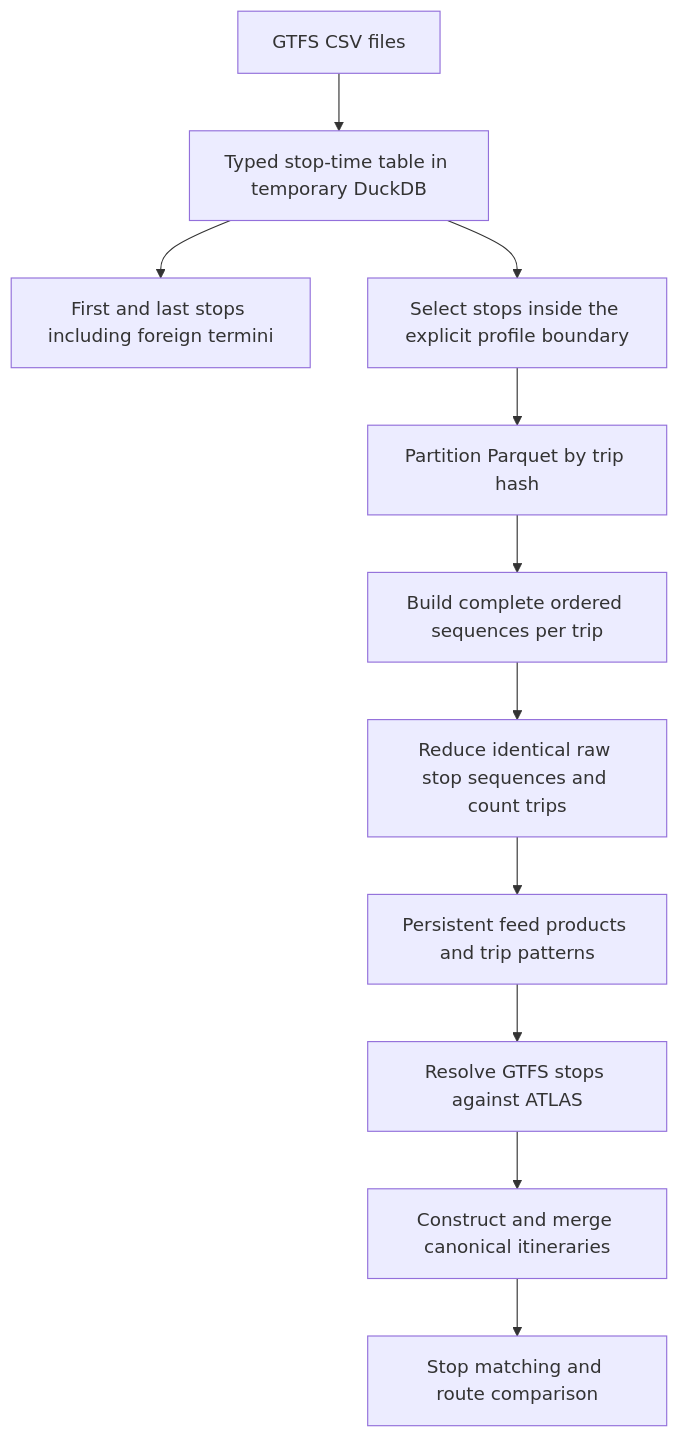
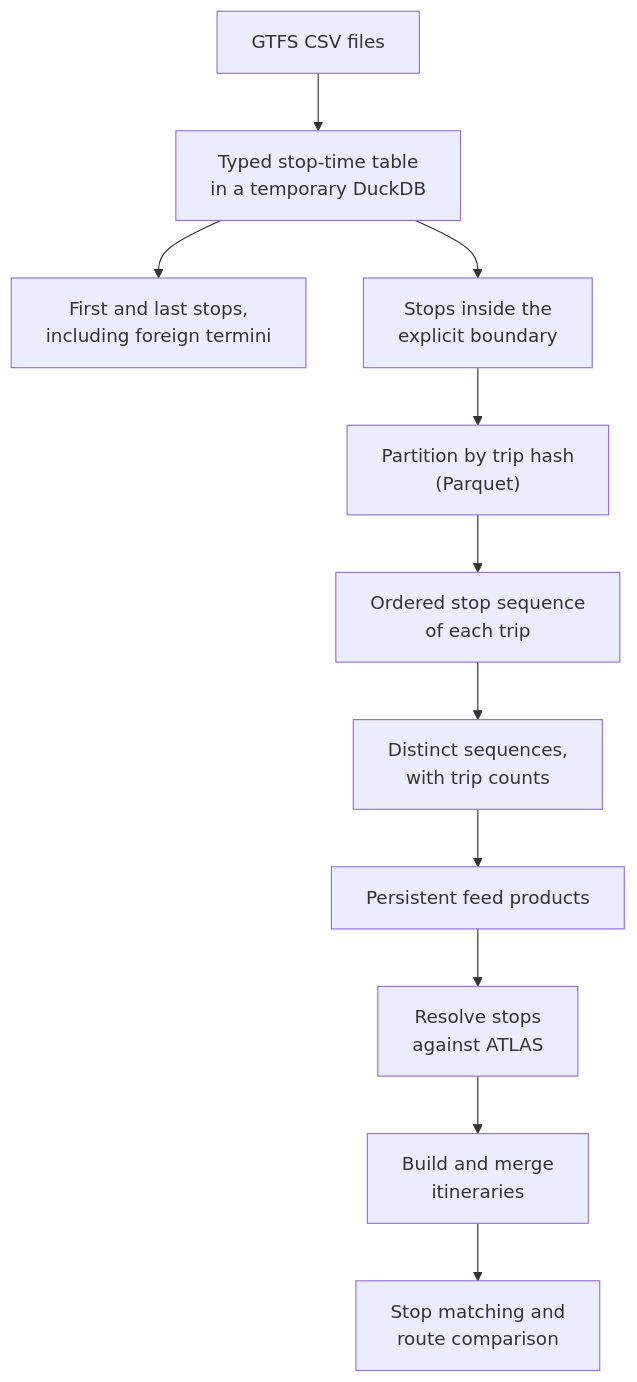
The first of 2 diagrams in documentation/5.2 Pipeline Performance.md (openTdataCH/osm-public-transport-matcher), drawn with Mermaid before and after one commit. The commit also changed other lines of this file and 31 other files, not shown here.

````diff
--- a/documentation/5.2 Pipeline Performance.md
+++ b/documentation/5.2 Pipeline Performance.md
@@ -13,13 +9,13 @@
 ```mermaid
 flowchart TD
-    CSV[GTFS CSV files] --> Scan[Typed stop-time table in temporary DuckDB]
-    Scan --> Endpoints[First and last stops including foreign termini]
-    Scan --> Filter[Select stops inside the explicit profile boundary]
-    Filter --> Parts[Partition Parquet by trip hash]
-    Parts --> Ordered[Build complete ordered sequences per trip]
-    Ordered --> Reduce[Reduce identical raw stop sequences and count trips]
-    Reduce --> Cache[Persistent feed products and trip patterns]
-    Cache --> Identity[Resolve GTFS stops against ATLAS]
-    Identity --> Itineraries[Construct and merge canonical itineraries]
-    Itineraries --> Engine[Stop matching and route comparison]
+    CSV["GTFS CSV files"] --> Scan["Typed stop-time table<br/>in a temporary DuckDB"]
+    Scan --> Ends["First and last stops,<br/>including foreign termini"]
+    Scan --> Filter["Stops inside the<br/>explicit boundary"]
+    Filter --> Parts["Partition by trip hash<br/>(Parquet)"]
+    Parts --> Ordered["Ordered stop sequence<br/>of each trip"]
+    Ordered --> Reduce["Distinct sequences,<br/>with trip counts"]
+    Reduce --> Cache["Persistent feed products"]
+    Cache --> Identity["Resolve stops<br/>against ATLAS"]
+    Identity --> Itineraries["Build and merge<br/>itineraries"]
+    Itineraries --> Engine["Stop matching and<br/>route comparison"]
 ```
````
